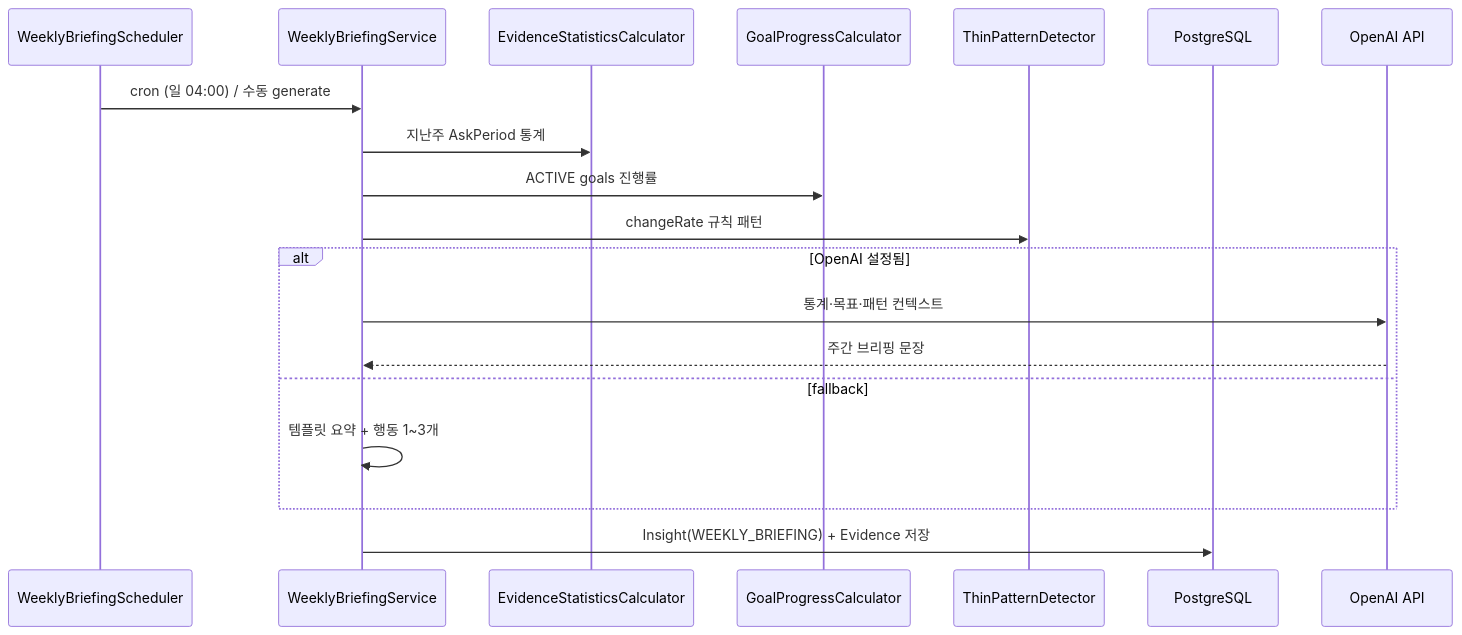
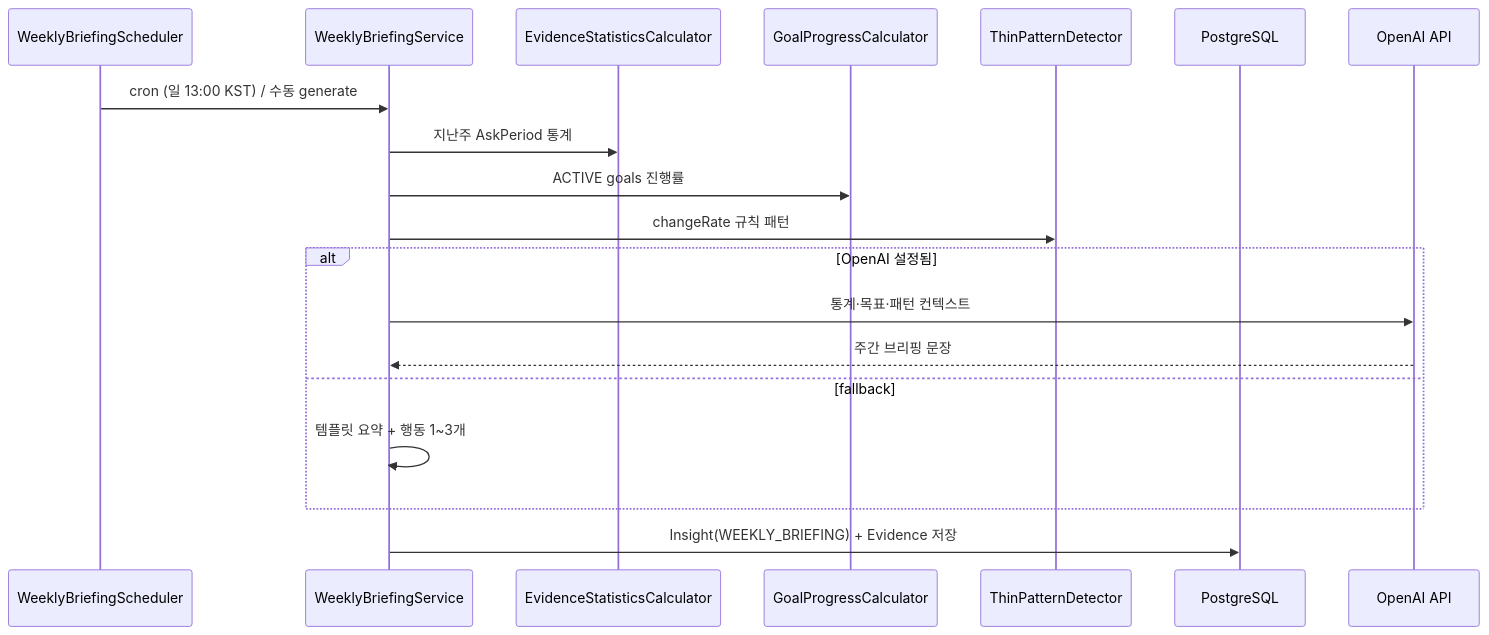
The fourth of 9 diagrams in docs/architecture.md (Hsooooo/personal-insight-os), drawn with Mermaid before and after one commit. The commit also changed other lines of this file and 12 other files, not shown here.

````diff
--- a/docs/architecture.md
+++ b/docs/architecture.md
@@ -148,22 +203,22 @@
 ```mermaid
 sequenceDiagram
     participant Sch as WeeklyBriefingScheduler
     participant BE as WeeklyBriefingService
     participant Stats as EvidenceStatisticsCalculator
     participant Goal as GoalProgressCalculator
     participant Pat as ThinPatternDetector
     participant PG as PostgreSQL
     participant OAI as OpenAI API
 
-    Sch->>BE: cron (일 04:00) / 수동 generate
+    Sch->>BE: cron (일 13:00 KST) / 수동 generate
     BE->>Stats: 지난주 AskPeriod 통계
     BE->>Goal: ACTIVE goals 진행률
     BE->>Pat: changeRate 규칙 패턴
     alt OpenAI 설정됨
         BE->>OAI: 통계·목표·패턴 컨텍스트
         OAI-->>BE: 주간 브리핑 문장
     else fallback
         BE->>BE: 템플릿 요약 + 행동 1~3개
     end
     BE->>PG: Insight(WEEKLY_BRIEFING) + Evidence 저장
 ```
````
